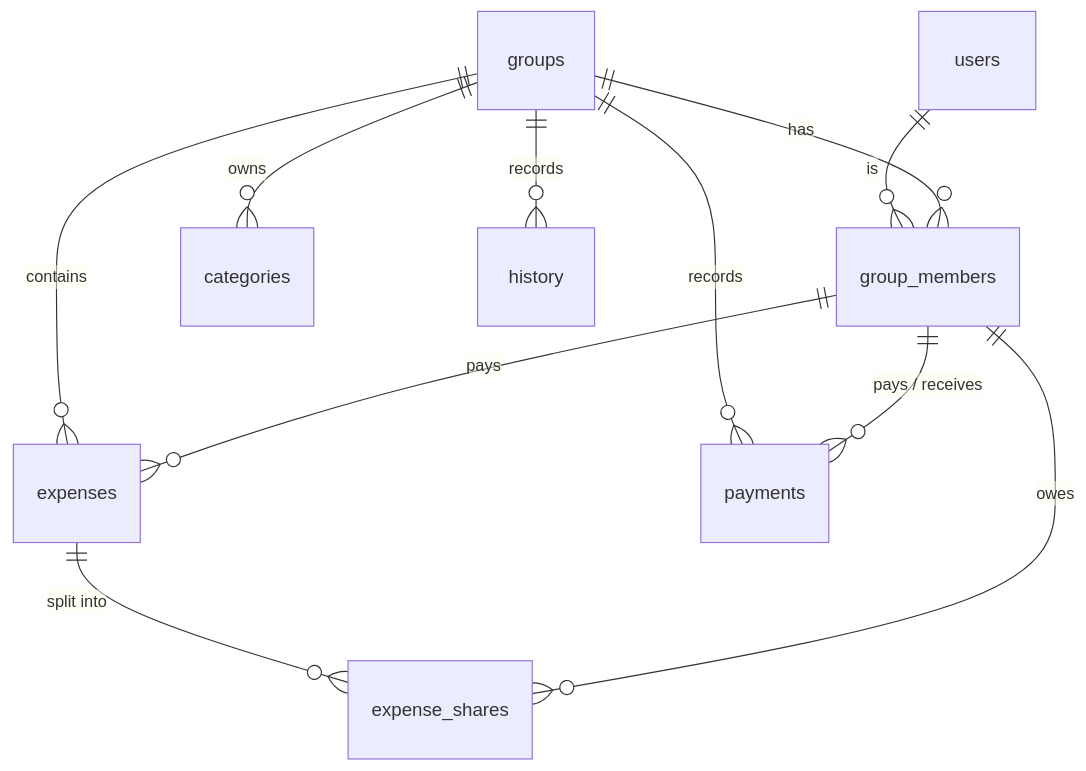
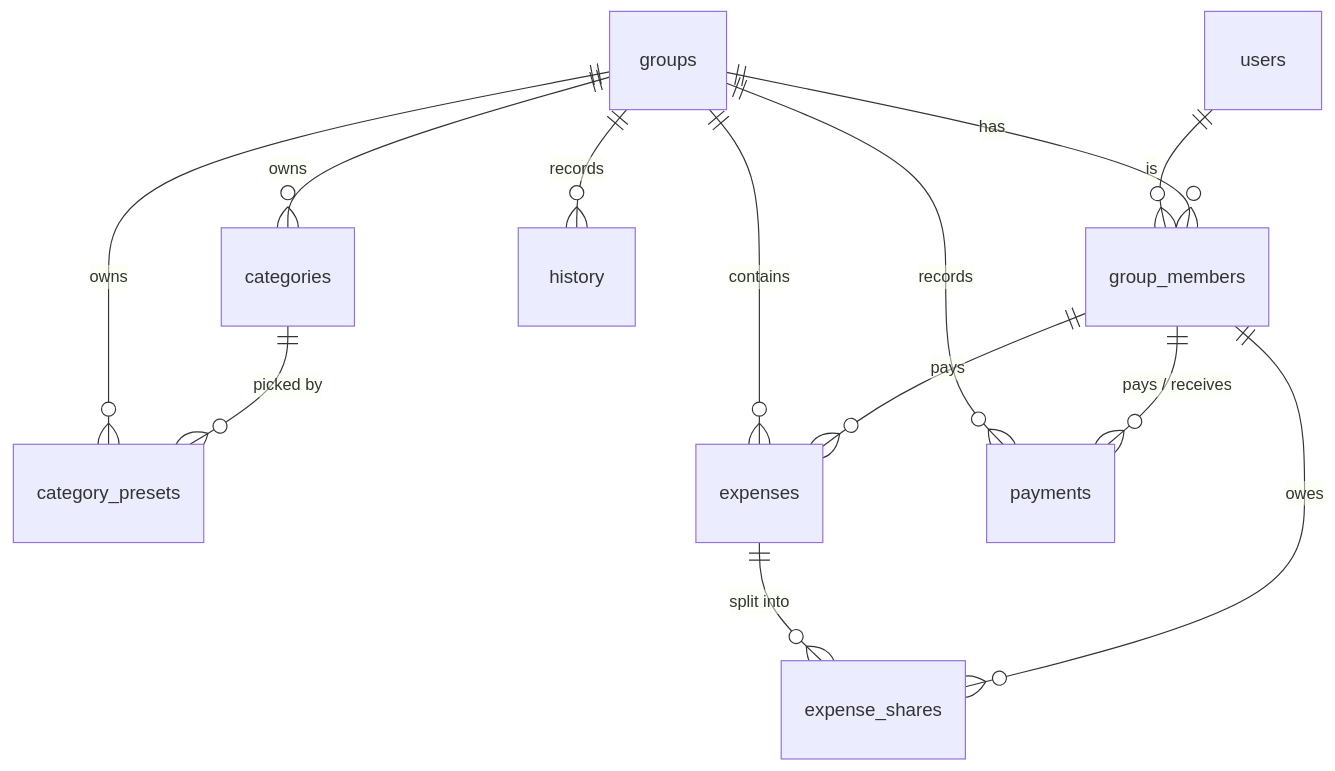
One commit to Frankovg/split-ranch changed the diagram in docs/02-data-model.md. Above: the diagram before and after it, drawn with Mermaid. The commit also changed other lines of this file and 27 other files, not shown here.

````diff
--- a/docs/02-data-model.md
+++ b/docs/02-data-model.md
@@ -18,13 +18,15 @@
 ```mermaid
 erDiagram
   users ||--o{ group_members : "is"
   groups ||--o{ group_members : has
   groups ||--o{ categories : owns
+  groups ||--o{ category_presets : owns
+  categories ||--o{ category_presets : "picked by"
   groups ||--o{ expenses : contains
   groups ||--o{ payments : records
   groups ||--o{ history : records
   group_members ||--o{ expenses : pays
   expenses ||--o{ expense_shares : "split into"
   group_members ||--o{ expense_shares : owes
   group_members ||--o{ payments : "pays / receives"
 ```
````
